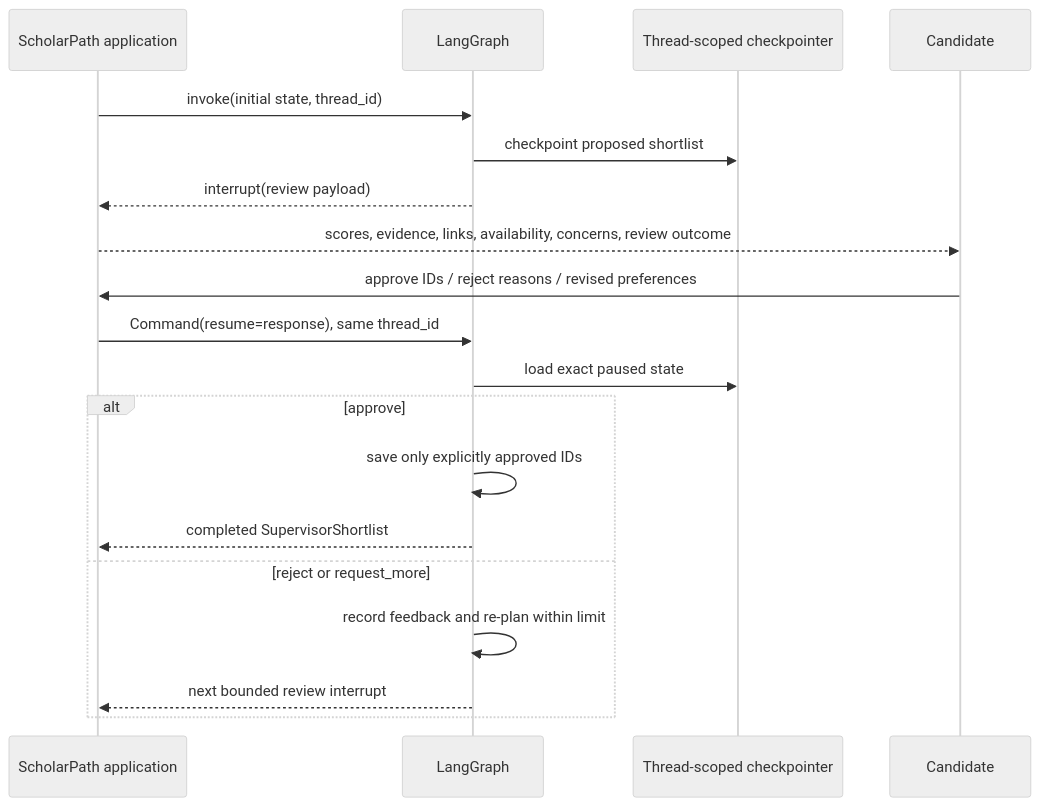
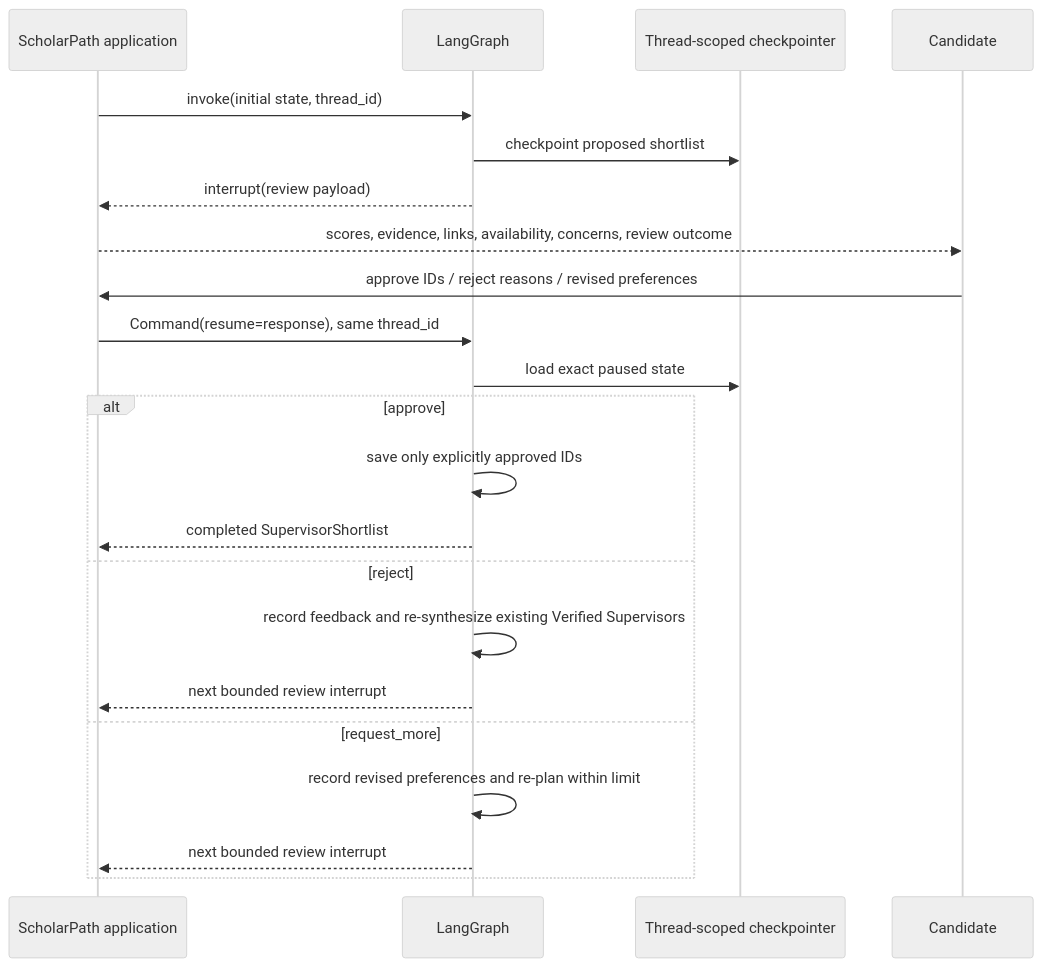
Diagram 14 of 20 in projects/scholar-path/README.md (shanly-rajan/ai-builder), drawn with Mermaid (neutral theme) before and after one commit. The commit also changed other lines of this file and 14 other files, not shown here.

````diff
--- a/projects/scholar-path/README.md
+++ b/projects/scholar-path/README.md
@@ -710,22 +716,25 @@
 ```mermaid
 sequenceDiagram
     participant App as ScholarPath application
     participant Graph as LangGraph
     participant Store as Thread-scoped checkpointer
     participant Candidate
 
     App->>Graph: invoke(initial state, thread_id)
     Graph->>Store: checkpoint proposed shortlist
     Graph-->>App: interrupt(review payload)
     App-->>Candidate: scores, evidence, links, availability, concerns, review outcome
     Candidate->>App: approve IDs / reject reasons / revised preferences
     App->>Graph: Command(resume=response), same thread_id
     Graph->>Store: load exact paused state
     alt approve
         Graph->>Graph: save only explicitly approved IDs
         Graph-->>App: completed SupervisorShortlist
-    else reject or request_more
-        Graph->>Graph: record feedback and re-plan within limit
+    else reject
+        Graph->>Graph: record feedback and re-synthesize existing Verified Supervisors
+        Graph-->>App: next bounded review interrupt
+    else request_more
+        Graph->>Graph: record revised preferences and re-plan within limit
         Graph-->>App: next bounded review interrupt
     end
 ```
````
